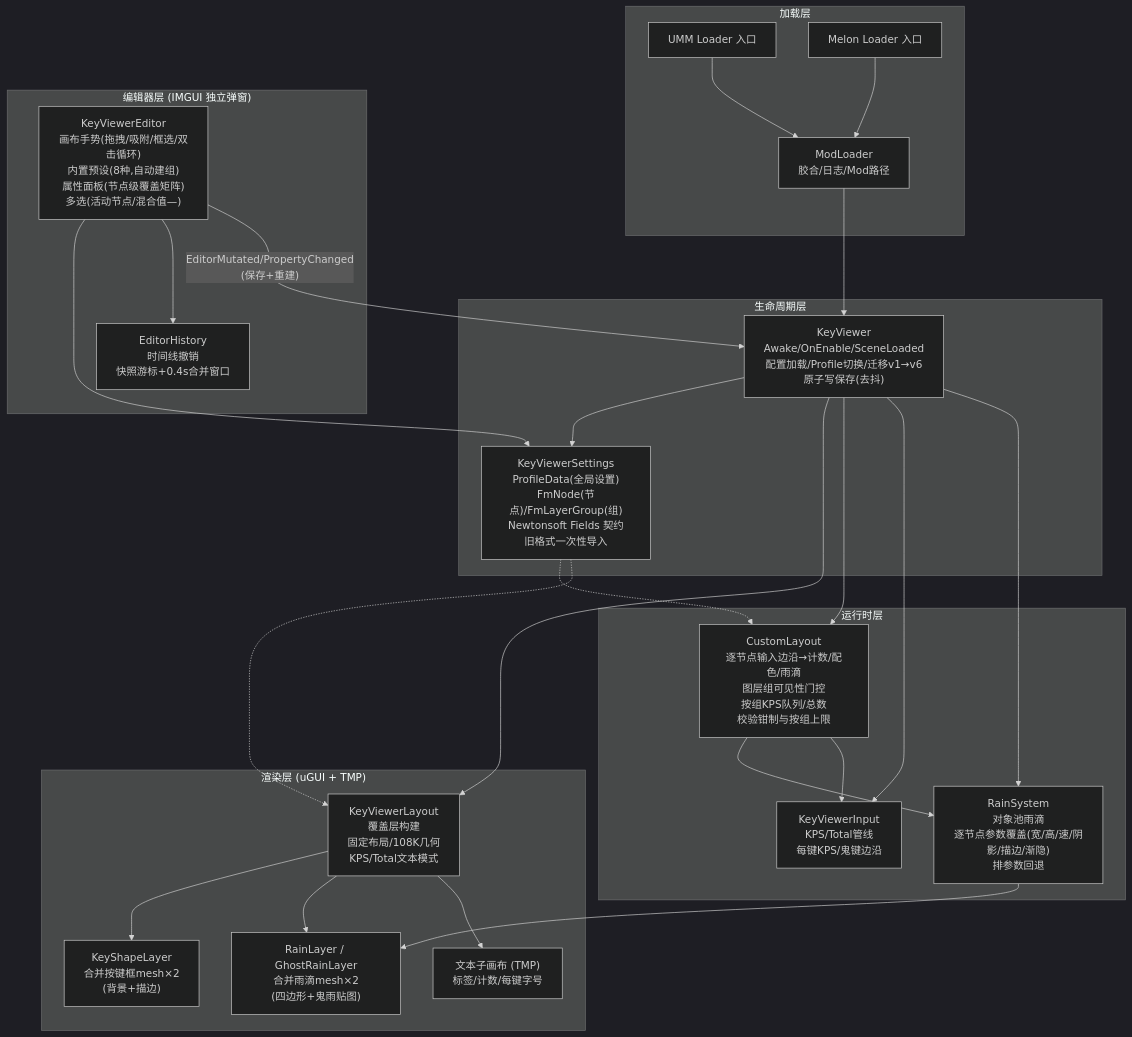
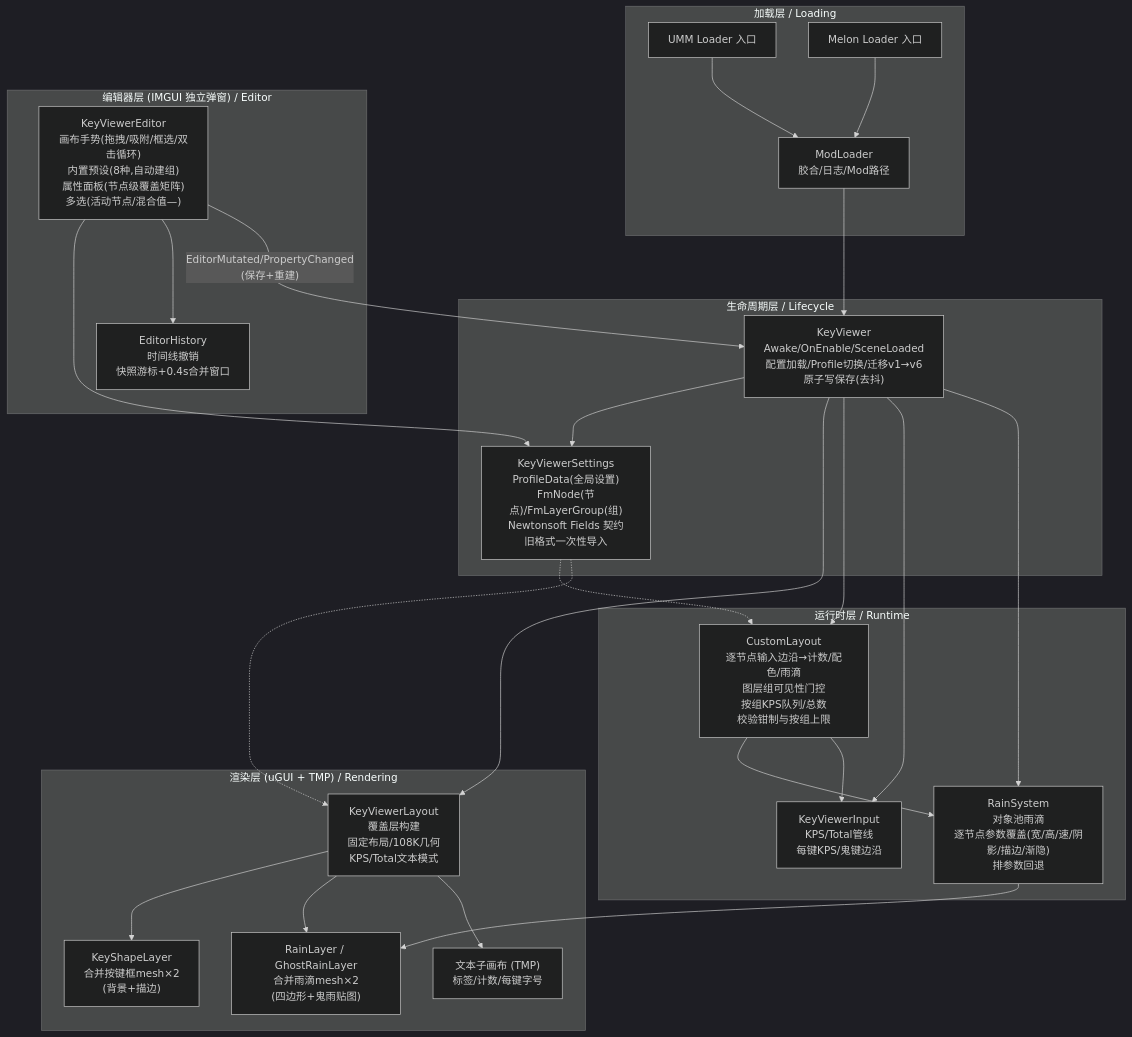
Before and after one commit to 2228293026/JipperKeyViewer: the first of 2 diagrams in README.md, drawn with Mermaid (dark theme). The commit also changed other lines of this file, not shown here.

````diff
--- a/README.md
+++ b/README.md
@@ -113,51 +109,51 @@
 ```mermaid
 flowchart TB
-    subgraph Loaders["加载层"]
+    subgraph Loaders["加载层 / Loading"]
         UMM["UMM Loader 入口"]
         Melon["Melon Loader 入口"]
         ModLoader["ModLoader\n胶合/日志/Mod路径"]
     end
 
-    subgraph Lifecycle["生命周期层"]
+    subgraph Lifecycle["生命周期层 / Lifecycle"]
         KV["KeyViewer\nAwake/OnEnable/SceneLoaded\n配置加载/Profile切换/迁移v1→v6\n原子写保存(去抖)"]
         Settings["KeyViewerSettings\nProfileData(全局设置)\nFmNode(节点)/FmLayerGroup(组)\nNewtonsoft Fields 契约\n旧格式一次性导入"]
     end
 
-    subgraph Editor["编辑器层 (IMGUI 独立弹窗)"]
+    subgraph Editor["编辑器层 (IMGUI 独立弹窗) / Editor"]
         KVE["KeyViewerEditor\n画布手势(拖拽/吸附/框选/双击循环)\n内置预设(8种,自动建组)\n属性面板(节点级覆盖矩阵)\n多选(活动节点/混合值—)"]
         History["EditorHistory\n时间线撤销\n快照游标+0.4s合并窗口"]
     end
 
-    subgraph Runtime["运行时层"]
+    subgraph Runtime["运行时层 / Runtime"]
         Custom["CustomLayout\n逐节点输入边沿→计数/配色/雨滴\n图层组可见性门控\n按组KPS队列/总数\n校验钳制与按组上限"]
         Input["KeyViewerInput\nKPS/Total管线\n每键KPS/鬼键边沿"]
         Rain["RainSystem\n对象池雨滴\n逐节点参数覆盖(宽/高/速/阴影/描边/渐隐)\n排参数回退"]
     end
 
-    subgraph Render["渲染层 (uGUI + TMP)"]
+    subgraph Render["渲染层 (uGUI + TMP) / Rendering"]
         Layout["KeyViewerLayout\n覆盖层构建\n固定布局/108K几何\nKPS/Total文本模式"]
         ShapeLayer["KeyShapeLayer\n合并按键框mesh×2\n(背景+描边)"]
         RainLayerM["RainLayer / GhostRainLayer\n合并雨滴mesh×2\n(四边形+鬼雨贴图)"]
         TextCanvas["文本子画布 (TMP)\n标签/计数/每键字号"]
     end
 
     UMM --> ModLoader
     Melon --> ModLoader
     ModLoader --> KV
     KV --> Settings
     KV --> Layout
     KVE --> Settings
     KVE --> History
     KVE -- "EditorMutated/PropertyChanged\n(保存+重建)" --> KV
     KV --> Custom
     KV --> Input
     KV --> Rain
     Custom --> Rain
     Custom --> Input
     Layout --> ShapeLayer
     Layout --> RainLayerM
     Layout --> TextCanvas
     Rain --> RainLayerM
     Settings -.-> Custom
     Settings -.-> Layout
 ```
````
